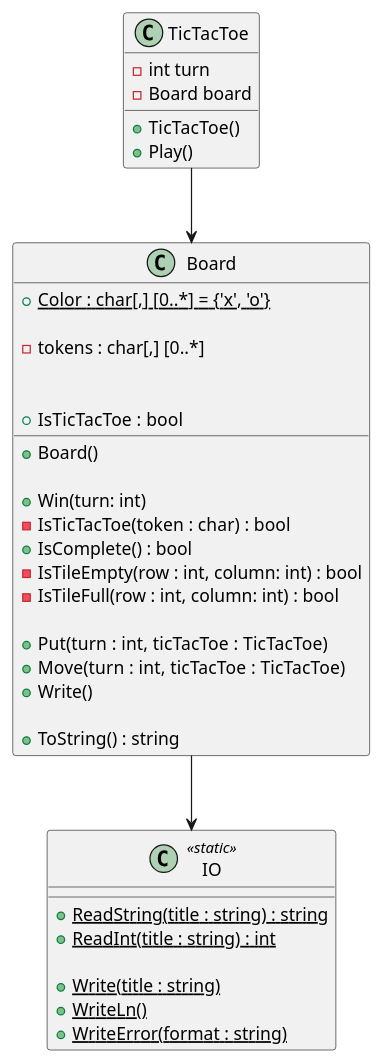
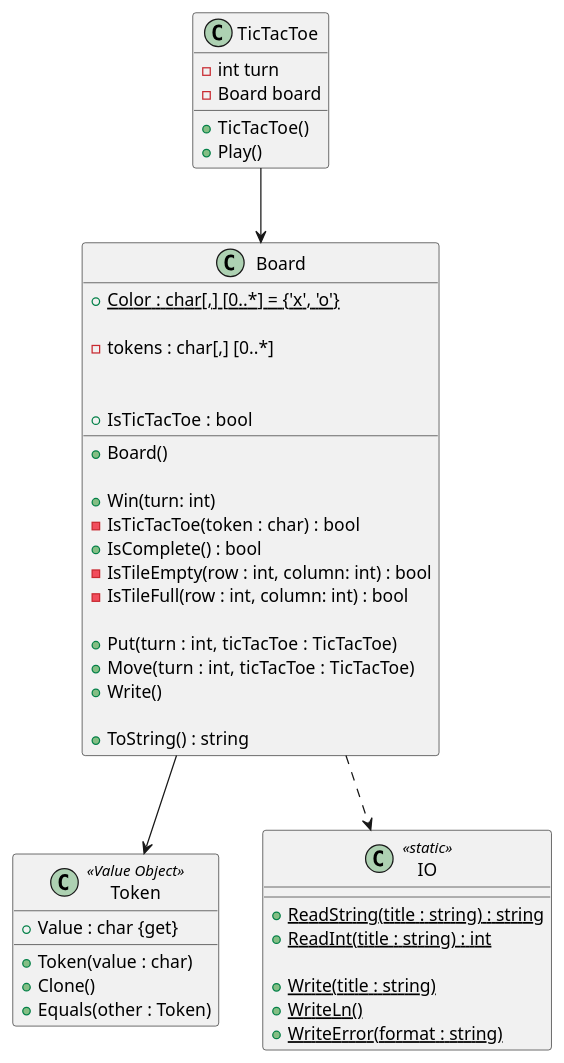
Before and after one commit to RicardoGuzmanVelasco/MIW.ADOO: the diagram in Documentation/v060.puml, drawn with PlantUML.

```diff
--- a/Documentation/v060.puml
+++ b/Documentation/v060.puml
@@ -1,45 +1,55 @@
 @startuml
+
+class Token <<Value Object>>
+{
+    +Value : char {get}
+    
+    +Token(value : char)
+    +Clone()
+    +Equals(other : Token)
+}
 
 class Board
 {
     +{static} Color : char[,] [0..*] = {'x', 'o'}
     
     -tokens : char[,] [0..*]
         
     +Board()
     
     +Win(turn: int)
     +IsTicTacToe : bool
     -IsTicTacToe(token : char) : bool
     +IsComplete() : bool
     -IsTileEmpty(row : int, column: int) : bool
     -IsTileFull(row : int, column: int) : bool
     
     +Put(turn : int, ticTacToe : TicTacToe)
     +Move(turn : int, ticTacToe : TicTacToe)
     +Write()
     
     +ToString() : string
 }
-Board --> IO
+Board ..> IO
+Board --> Token
 
 class IO <<static>>
 {
     +ReadString(title : string) : string {static}
     +ReadInt(title : string) : int {static}
     
     +Write(title : string) {static}
     +WriteLn() {static}
     +WriteError(format : string) {static}
 }
 
 class TicTacToe
 {
     -int turn
     -Board board
     
     +TicTacToe()
     +Play()
 }
 TicTacToe --> Board
 @enduml
```
